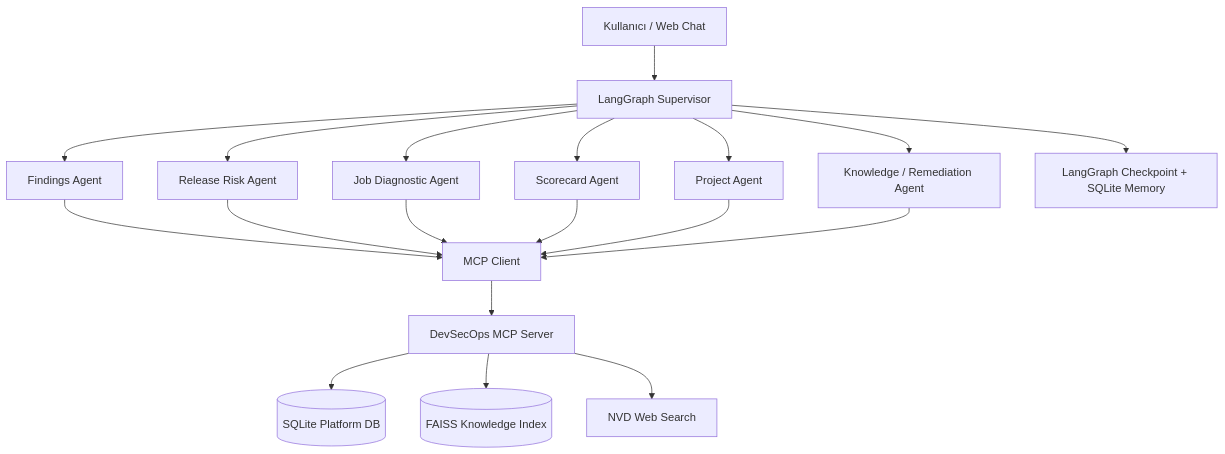
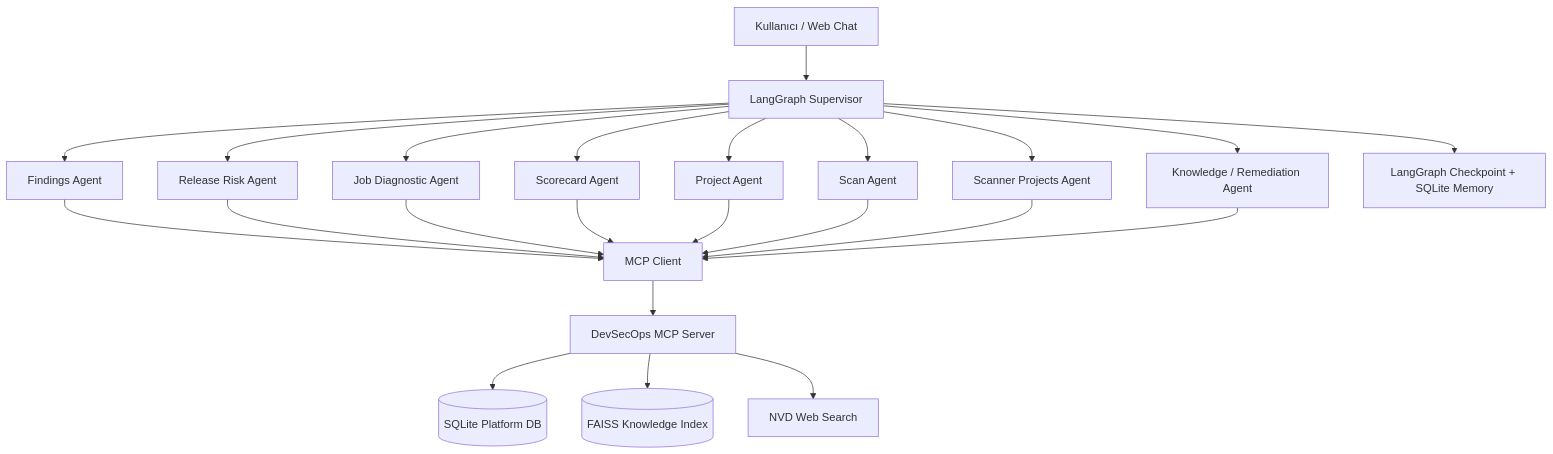
One commit to EnesIdrisoglu/DevSecOps-Agent changed the diagram in README.md. Above: the diagram before and after it, drawn with Mermaid. The commit also changed other lines of this file and 1 other file, not shown here.

````diff
--- a/README.md
+++ b/README.md
@@ -22,21 +23,25 @@
 ```mermaid
 flowchart TD
     U[Kullanıcı / Web Chat] --> S[LangGraph Supervisor]
     S --> F[Findings Agent]
     S --> R[Release Risk Agent]
     S --> J[Job Diagnostic Agent]
     S --> C[Scorecard Agent]
     S --> P[Project Agent]
+    S --> T[Scan Agent]
+    S --> SP[Scanner Projects Agent]
     S --> K[Knowledge / Remediation Agent]
     F --> M[MCP Client]
     R --> M
     J --> M
     C --> M
     P --> M
+    T --> M
+    SP --> M
     K --> M
     M --> D[DevSecOps MCP Server]
     D --> DB[(SQLite Platform DB)]
     D --> V[(FAISS Knowledge Index)]
     D --> W[NVD Web Search]
     S --> MEM[LangGraph Checkpoint + SQLite Memory]
 ```
````
